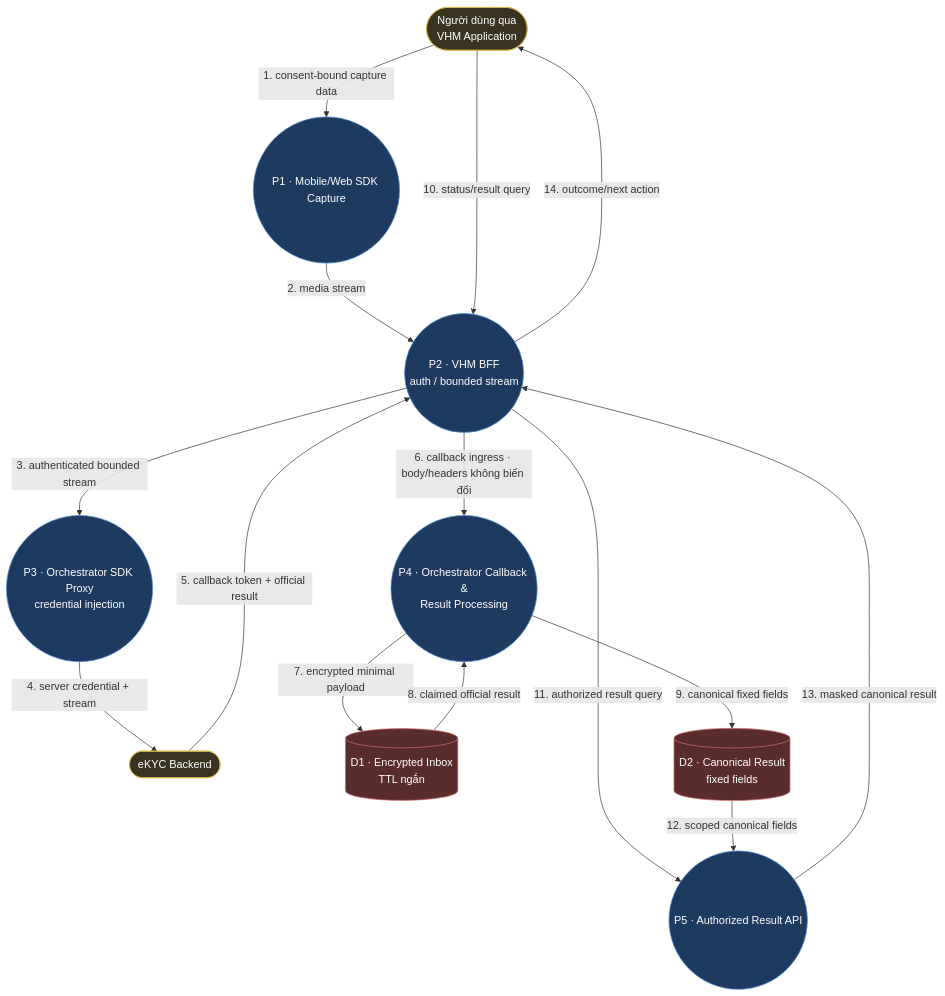
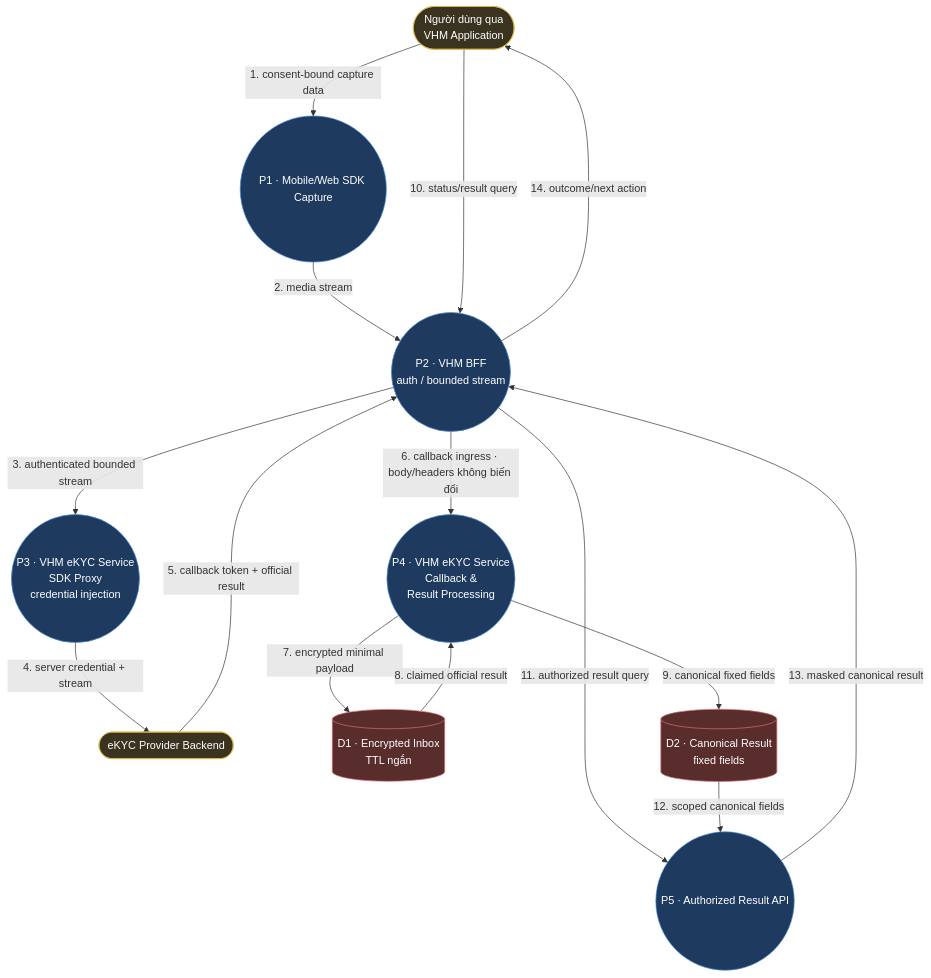
Diagram 16 of 16 in README.md (huynv-xyz/vhm), drawn with Mermaid before and after one commit. The commit also changed other lines of this file, not shown here.

````diff
--- a/README.md
+++ b/README.md
@@ -1858,31 +1852,31 @@
 ```mermaid
 flowchart TB
     APP(["Người dùng qua<br/>VHM Application"]):::entity
-    BACKEND(["eKYC Backend"]):::entity
+    BACKEND(["eKYC Provider Backend"]):::entity
     CAPTURE(("P1 · Mobile/Web SDK Capture")):::process
     BFF(("P2 · VHM BFF<br/>auth / bounded stream")):::process
-    ORCHESTRATOR_PROXY(("P3 · Orchestrator SDK Proxy<br/>credential injection")):::process
-    RESULT_PROCESS(("P4 · Orchestrator Callback &<br/>Result Processing")):::process
+    EKYC_SERVICE_PROXY(("P3 · VHM eKYC Service<br/>SDK Proxy<br/>credential injection")):::process
+    RESULT_PROCESS(("P4 · VHM eKYC Service<br/>Callback &<br/>Result Processing")):::process
     RESULT_API(("P5 · Authorized Result API")):::process
     INBOX[("D1 · Encrypted Inbox<br/>TTL ngắn")]:::sensitive
     RESULT[("D2 · Canonical Result<br/>fixed fields")]:::sensitive
 
     APP -->|"1. consent-bound capture data"| CAPTURE
     CAPTURE -->|"2. media stream"| BFF
-    BFF -->|"3. authenticated bounded stream"| ORCHESTRATOR_PROXY
-    ORCHESTRATOR_PROXY -->|"4. server credential + stream"| BACKEND
+    BFF -->|"3. authenticated bounded stream"| EKYC_SERVICE_PROXY
+    EKYC_SERVICE_PROXY -->|"4. server credential + stream"| BACKEND
     BACKEND -->|"5. callback token + official result"| BFF
     BFF -->|"6. callback ingress · body/headers không biến đổi"| RESULT_PROCESS
     RESULT_PROCESS -->|"7. encrypted minimal payload"| INBOX
     INBOX -->|"8. claimed official result"| RESULT_PROCESS
     RESULT_PROCESS -->|"9. canonical fixed fields"| RESULT
     APP -->|"10. status/result query"| BFF
     BFF -->|"11. authorized result query"| RESULT_API
     RESULT -->|"12. scoped canonical fields"| RESULT_API
     RESULT_API -->|"13. masked canonical result"| BFF
     BFF -->|"14. outcome/next action"| APP
 
     classDef entity fill:#3a3320,stroke:#d9b84a,color:#fff;
     classDef process fill:#1f3a5f,stroke:#4a90d9,color:#fff;
     classDef sensitive fill:#5a2d2d,stroke:#d96f6f,color:#fff;
 ```
````
